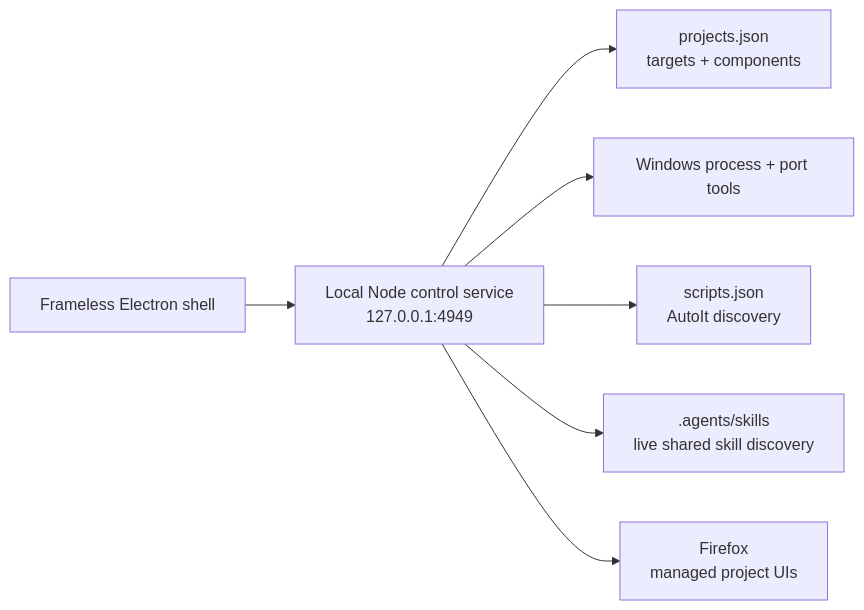
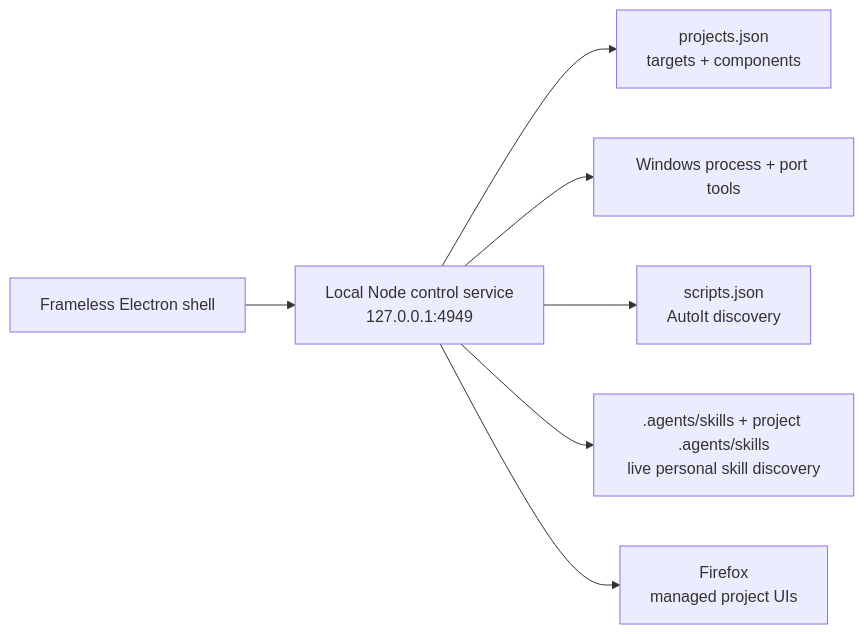
One commit to alfonza1/hackers-lair changed the diagram in README.md. Above: the diagram before and after it, drawn with Mermaid. The commit also changed other lines of this file and 3 other files, not shown here.

````diff
--- a/README.md
+++ b/README.md
@@ -75,9 +75,9 @@
 ```mermaid
 flowchart LR
     UI["Frameless Electron shell"] --> API["Local Node control service<br/>127.0.0.1:4949"]
     API --> PROJECTS["projects.json<br/>targets + components"]
     API --> WINDOWS["Windows process + port tools"]
     API --> SCRIPTS["scripts.json<br/>AutoIt discovery"]
-    API --> SKILLS[".agents/skills<br/>live shared skill discovery"]
+    API --> SKILLS[".agents/skills + project .agents/skills<br/>live personal skill discovery"]
     API --> FIREFOX["Firefox<br/>managed project UIs"]
 ```
````
